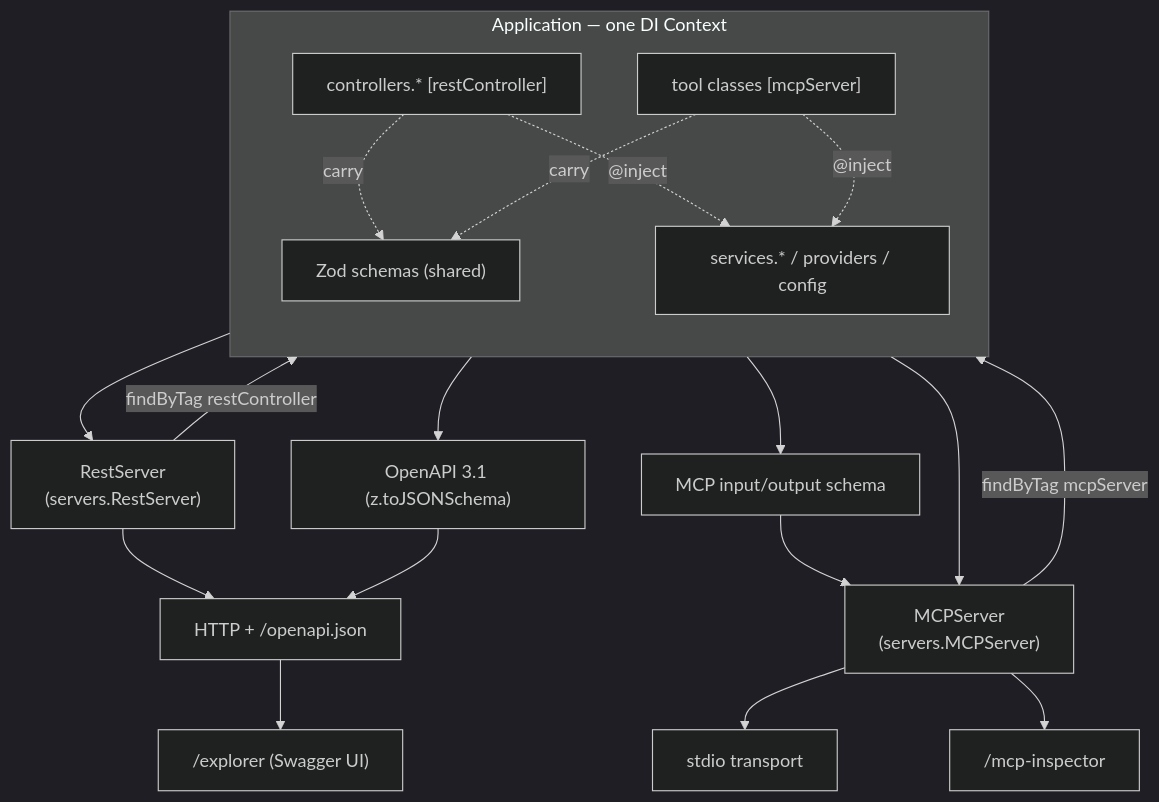
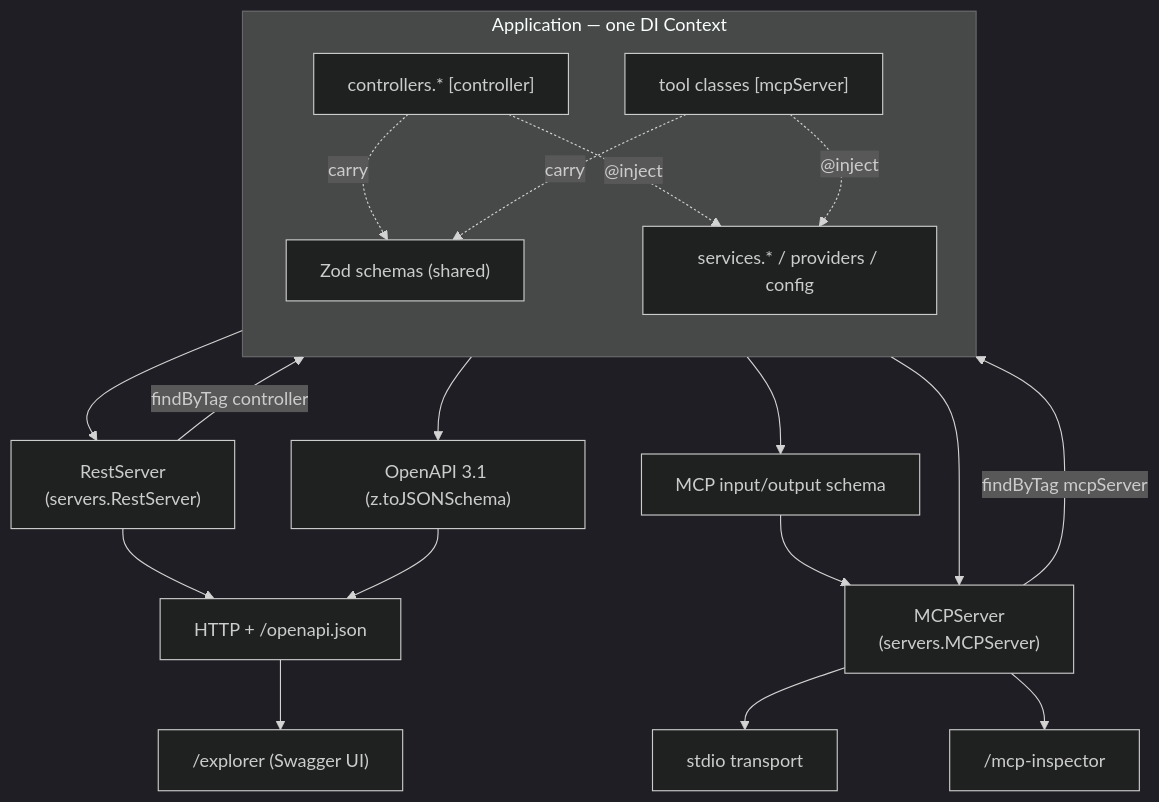
The first of 5 diagrams in docs/architecture/overview.md (ninemindai/agentback), drawn with Mermaid (dark theme) before and after one commit. The commit also changed other lines of this file and 17 other files, not shown here.

````diff
--- a/docs/architecture/overview.md
+++ b/docs/architecture/overview.md
@@ -17,29 +17,29 @@
 ```mermaid
 graph TD
   subgraph Container["Application — one DI Context"]
     direction TB
     Schemas["Zod schemas (shared)"]
-    Ctrls["controllers.* [restController]"]
+    Ctrls["controllers.* [controller]"]
     Tools["tool classes [mcpServer]"]
     Svcs["services.* / providers / config"]
     Ctrls -. @inject .-> Svcs
     Tools -. @inject .-> Svcs
     Ctrls -. carry .-> Schemas
     Tools -. carry .-> Schemas
   end
 
   Container --> RS["RestServer<br/>(servers.RestServer)"]
   Container --> MS["MCPServer<br/>(servers.MCPServer)"]
 
-  RS -->|findByTag restController| Ctrls
+  RS -->|findByTag controller| Ctrls
   MS -->|findByTag mcpServer| Tools
 
   RS --> HTTP["HTTP + /openapi.json"]
   HTTP --> SUI["/explorer (Swagger UI)"]
   MS --> STDIO["stdio transport"]
   MS --> INS["/mcp-inspector"]
   Schemas --> OAS["OpenAPI 3.1 (z.toJSONSchema)"]
   Schemas --> MCPC["MCP input/output schema"]
   OAS --> HTTP
   MCPC --> MS
 ```
````
